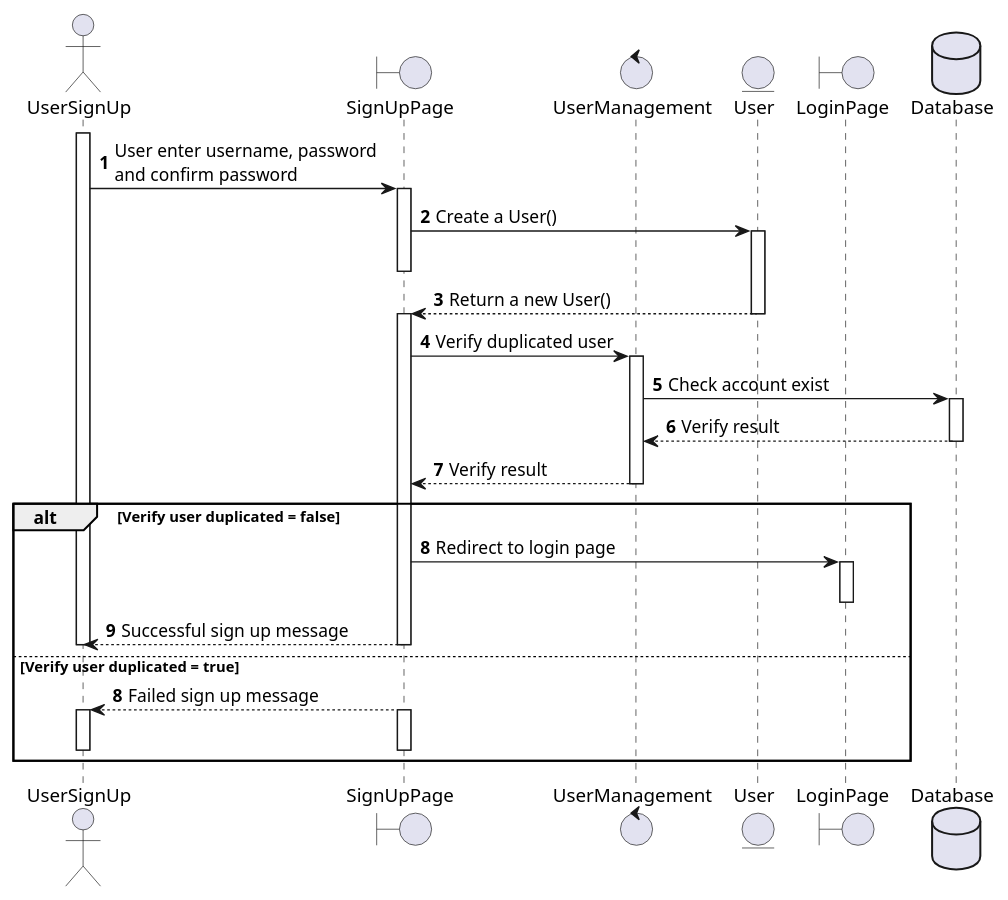
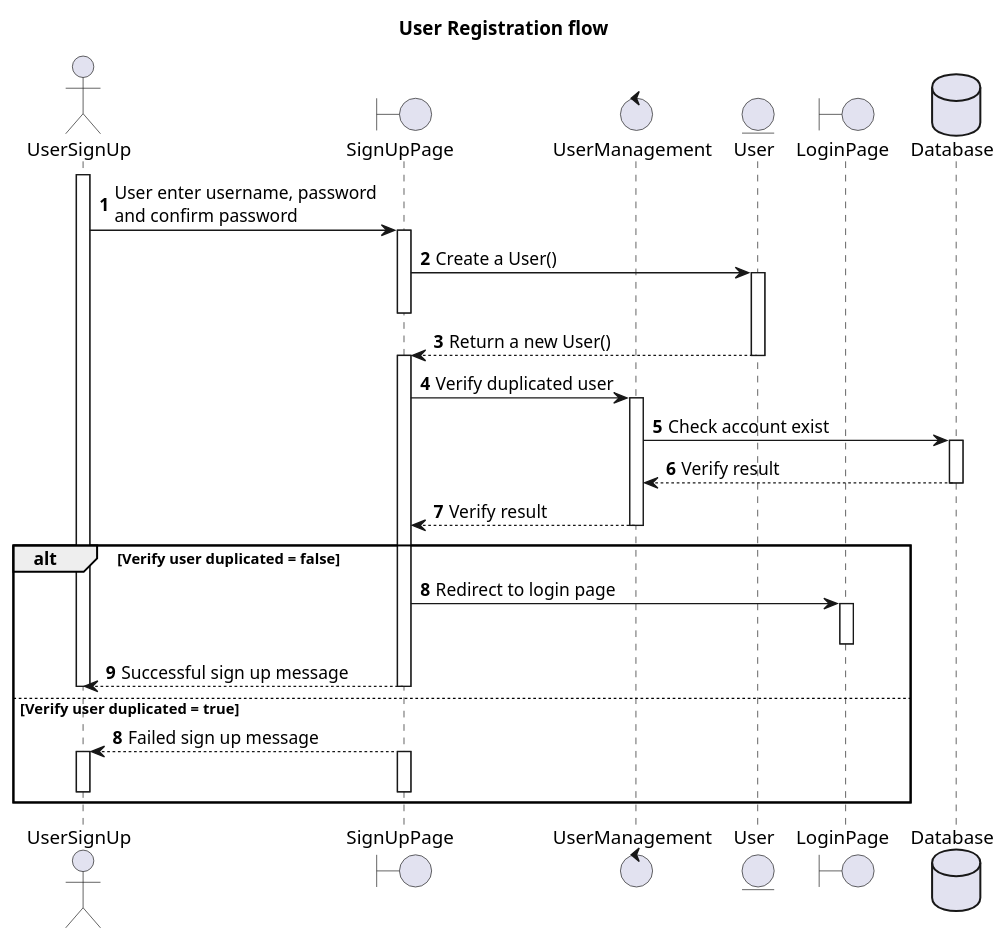
Before and after one commit to duymai1612/final-oosd-project: the diagram in registration.puml, drawn with PlantUML. The commit also changed 19 other files, not shown here.

Commit message:
finish all sequence diagrams

```diff
--- a/registration.puml
+++ b/registration.puml
@@ -1,45 +1,47 @@
 @startuml Registration flow
+
+title User Registration flow
 
 actor UserSignUp
 boundary SignUpPage
 control UserManagement
 entity User
 boundary LoginPage
 database Database
 
 autonumber
 activate UserSignUp
 UserSignUp -> SignUpPage: User enter username, password \nand confirm password
 activate SignUpPage
 SignUpPage -> User: Create a User()
 activate User
 deactivate SignUpPage
 User --> SignUpPage: Return a new User()
 deactivate User
 activate SignUpPage
 SignUpPage -> UserManagement: Verify duplicated user
 activate UserManagement
 UserManagement -> Database: Check account exist
 activate Database
 Database --> UserManagement: Verify result
 deactivate Database
 UserManagement --> SignUpPage: Verify result
 deactivate UserManagement
 
 alt Verify user duplicated = false
   SignUpPage -> LoginPage: Redirect to login page
   activate LoginPage
   deactivate LoginPage
   SignUpPage --> UserSignUp: Successful sign up message
   deactivate SignUpPage
   deactivate UserSignUp
 else Verify user duplicated = true
   autonumber 8
   SignUpPage --> UserSignUp: Failed sign up message
   activate SignUpPage
   deactivate SignUpPage
   activate UserSignUp
   deactivate UserSignUp
 end
 
 @enduml
```
